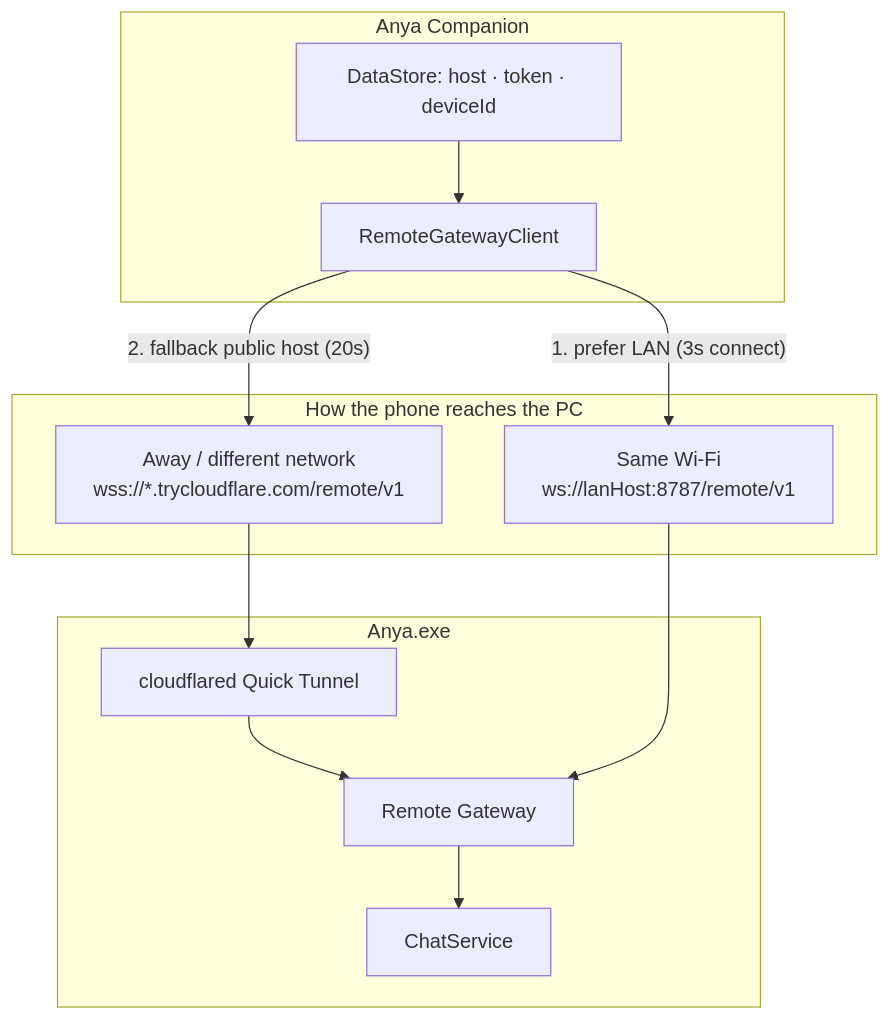
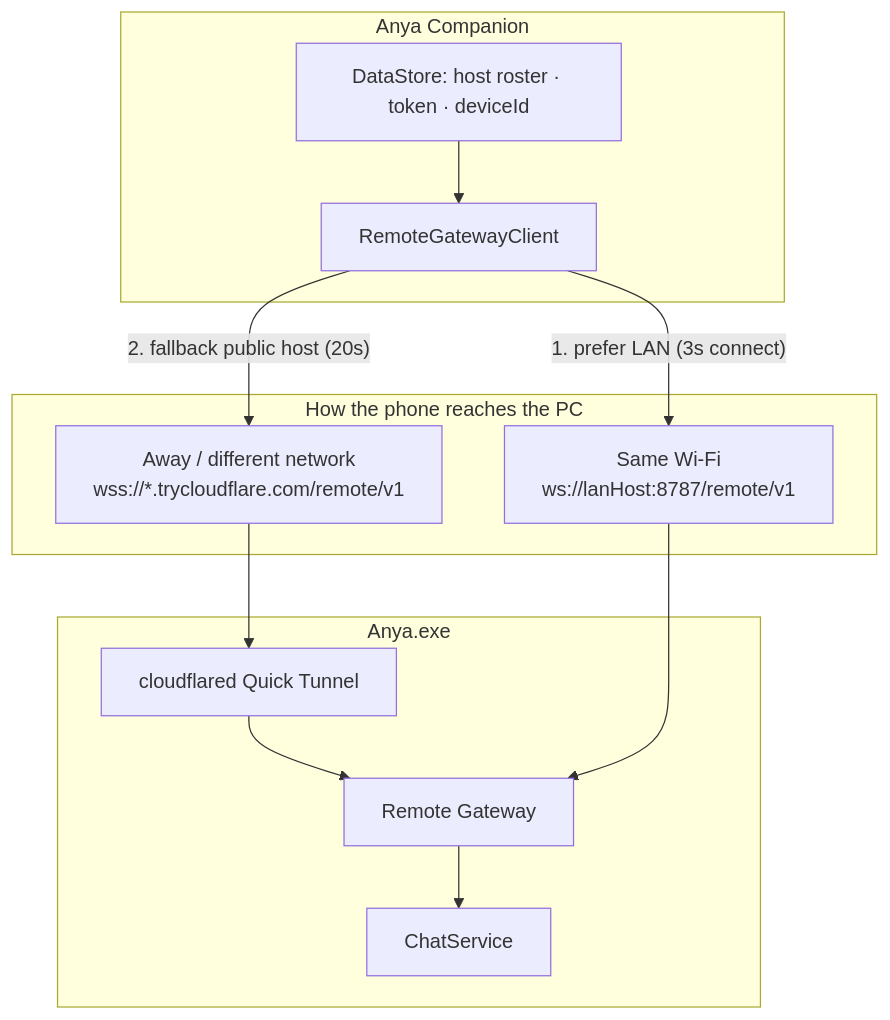
One commit to rururunu/AnyaAndroid changed the second of 4 diagrams in docs/ARCHITECTURE.md. Above: the diagram before and after it, drawn with Mermaid. The commit also changed other lines of this file and 59 other files, not shown here.

````diff
--- a/docs/ARCHITECTURE.md
+++ b/docs/ARCHITECTURE.md
@@ -113,24 +130,24 @@
 ```mermaid
 flowchart TB
   subgraph Phone["Anya Companion"]
-    Prefs[DataStore: host · token · deviceId]
+    Prefs[DataStore: host roster · token · deviceId]
     Client[RemoteGatewayClient]
     Prefs --> Client
   end
 
   subgraph Path["How the phone reaches the PC"]
     LAN["Same Wi-Fi<br/>ws://lanHost:8787/remote/v1"]
     CF["Away / different network<br/>wss://*.trycloudflare.com/remote/v1"]
   end
 
   subgraph Desktop["Anya.exe"]
     GW[Remote Gateway]
     Tunnel[cloudflared Quick Tunnel]
     Chat[ChatService]
     GW --> Chat
     Tunnel --> GW
   end
 
   Client -->|"1. prefer LAN (3s connect)"| LAN --> GW
   Client -->|"2. fallback public host (20s)"| CF --> Tunnel
 ```
````
